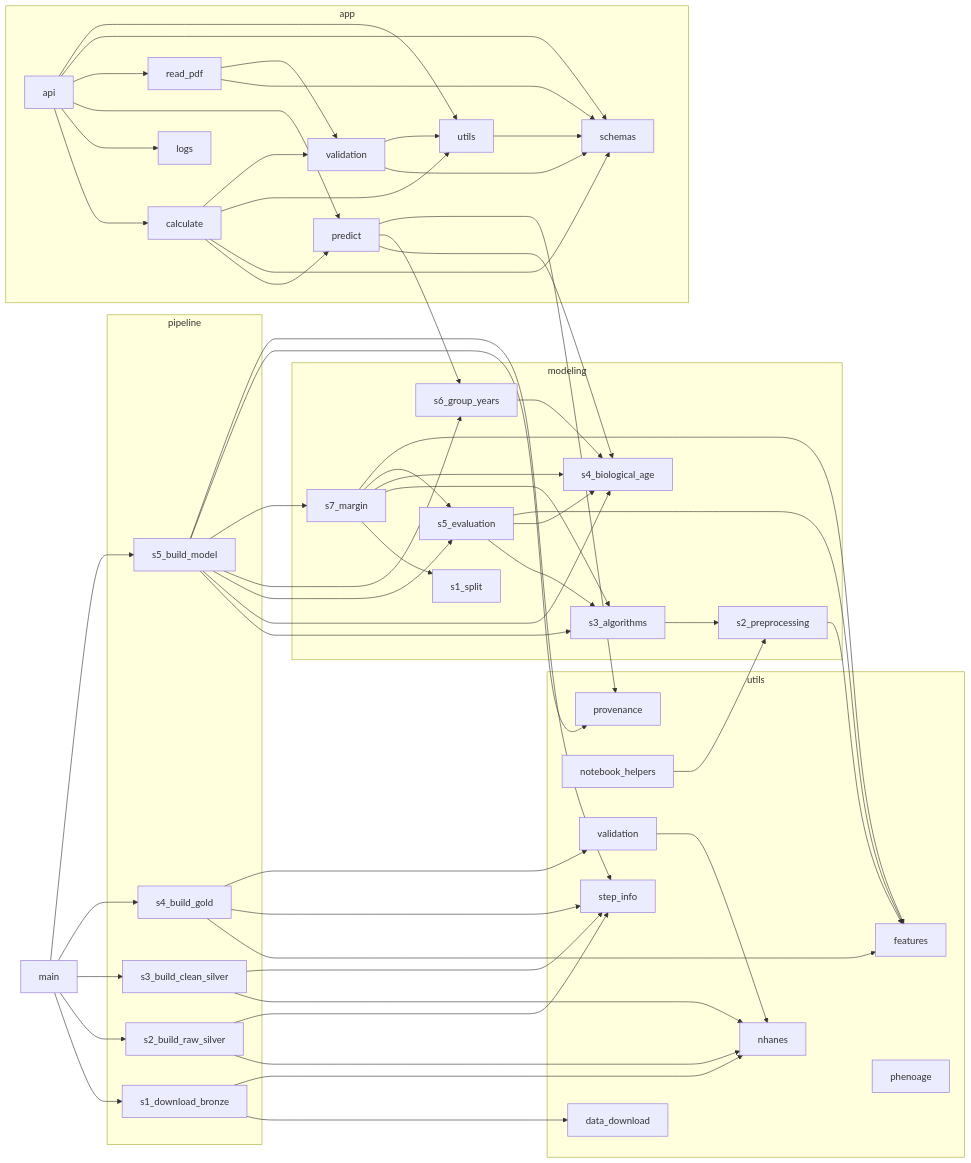
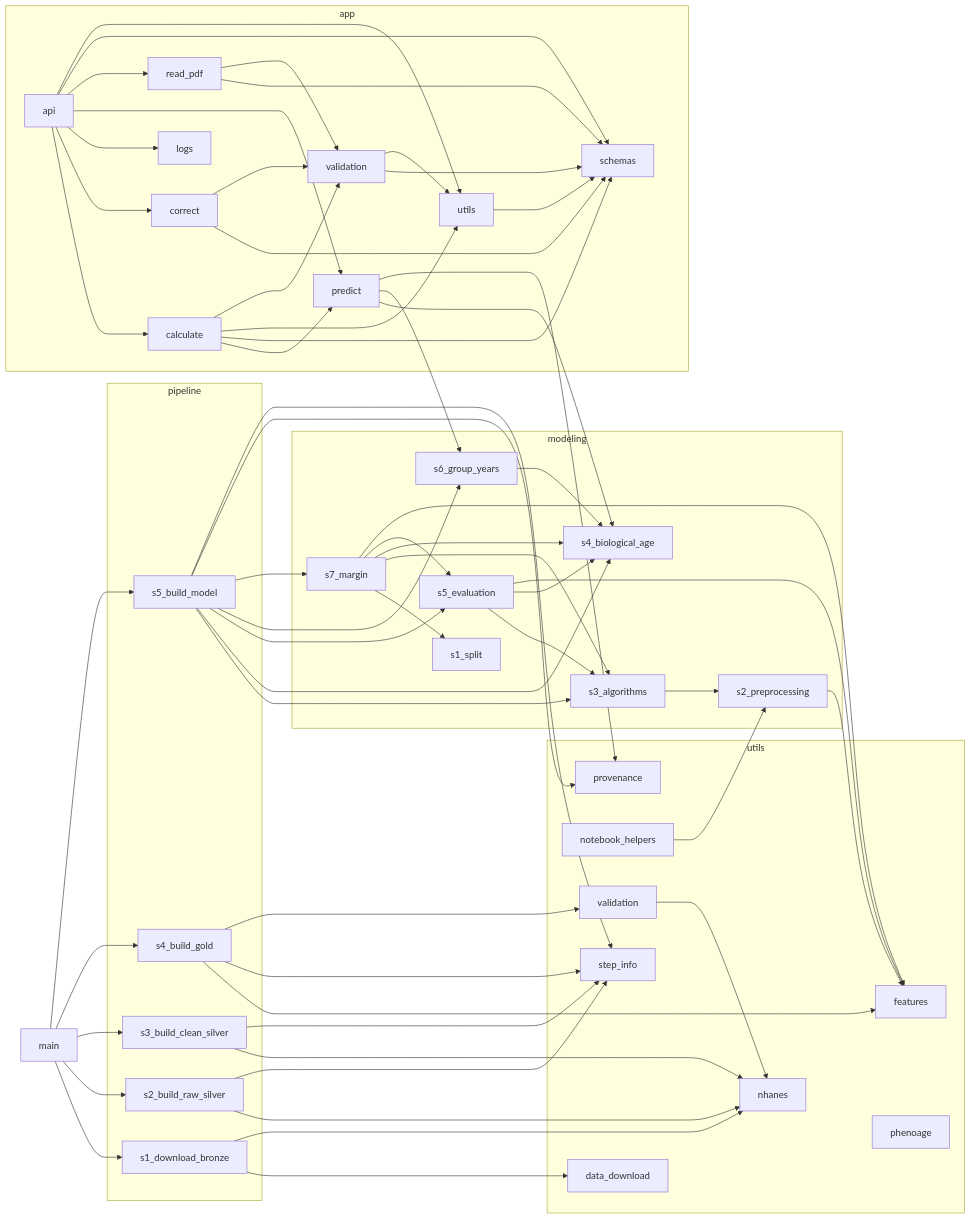
Before and after one commit to rubengil-dev/TFM---Evolve: the diagram in docs/import_graph.md, drawn with Mermaid. The commit also changed 27 other files, not shown here.

```diff
--- a/docs/import_graph.md
+++ b/docs/import_graph.md
@@ -8,6 +8,7 @@
   subgraph app
     app_api[api]
     app_calculate[calculate]
+    app_correct[correct]
     app_logs[logs]
     app_predict[predict]
     app_read_pdf[read_pdf]
@@ -43,6 +44,7 @@
   end
   main[main]
   app_api --> app_calculate
+  app_api --> app_correct
   app_api --> app_logs
   app_api --> app_predict
   app_api --> app_read_pdf
@@ -52,6 +54,8 @@
   app_calculate --> app_schemas
   app_calculate --> app_utils
   app_calculate --> app_validation
+  app_correct --> app_schemas
+  app_correct --> app_validation
   app_predict --> modeling_s4_biological_age
   app_predict --> modeling_s6_group_years
   app_predict --> utils_provenance
```
